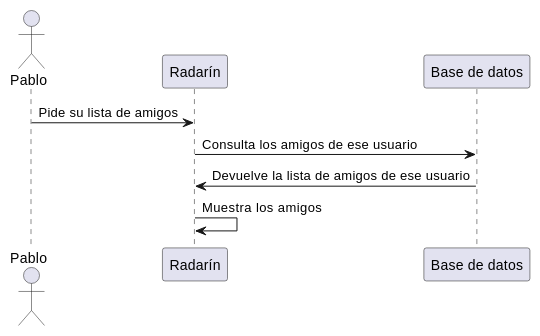
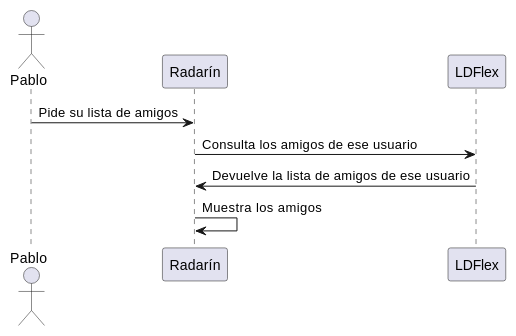
Before and after one commit to Arquisoft/radarin_es4a: the second of 6 diagrams in webapp/docs/06_runtime_view.adoc, drawn with PlantUML. The commit also changed other lines of this file, not shown here.

```diff
--- a/webapp/docs/06_runtime_view.adoc
+++ b/webapp/docs/06_runtime_view.adoc
@@ -62,10 +62,10 @@
 [plantuml,"mostrar_amigos",png]
 ----
 actor Pablo
 participant  "Radarín"
-participant "Base de datos"
+participant "LDFlex"
 Pablo -> "Radarín": Pide su lista de amigos
-"Radarín" -> "Base de datos": Consulta los amigos de ese usuario
-"Base de datos" -> "Radarín": Devuelve la lista de amigos de ese usuario
+"Radarín" -> "LDFlex": Consulta los amigos de ese usuario
+"LDFlex" -> "Radarín": Devuelve la lista de amigos de ese usuario
 "Radarín" -> "Radarín": Muestra los amigos
 ----
```
